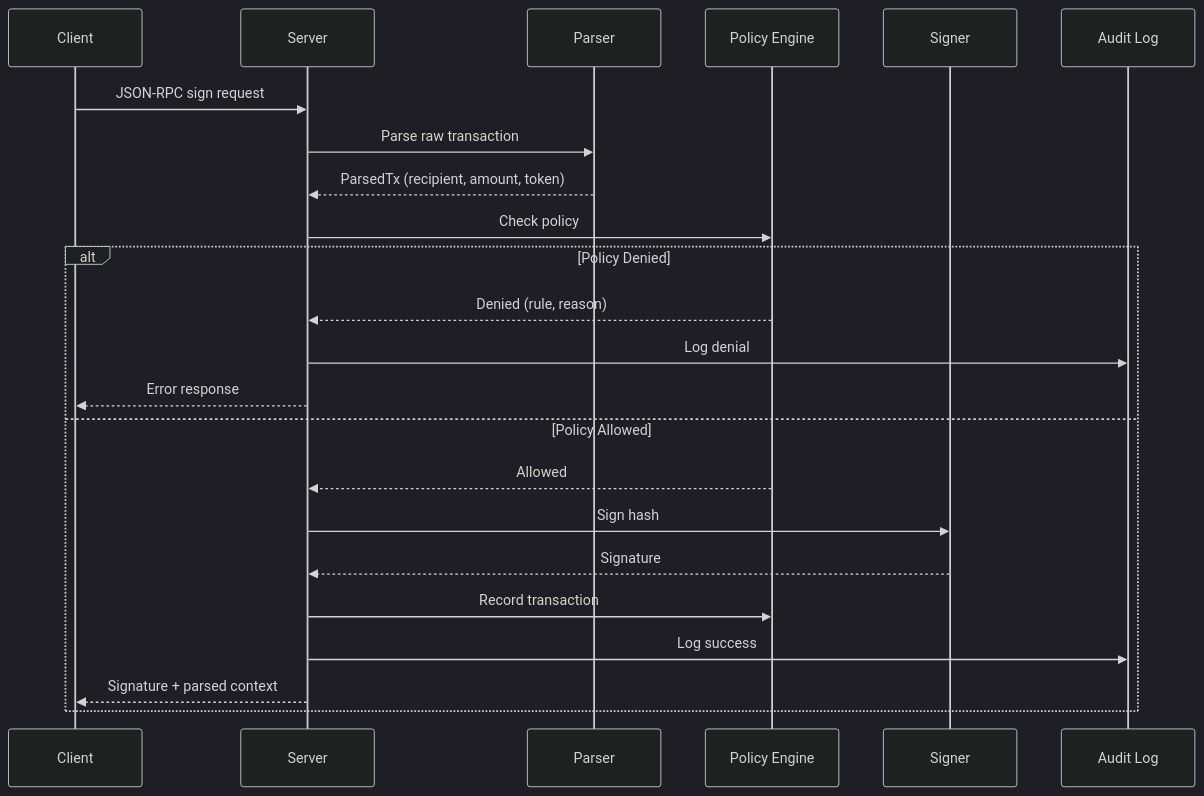
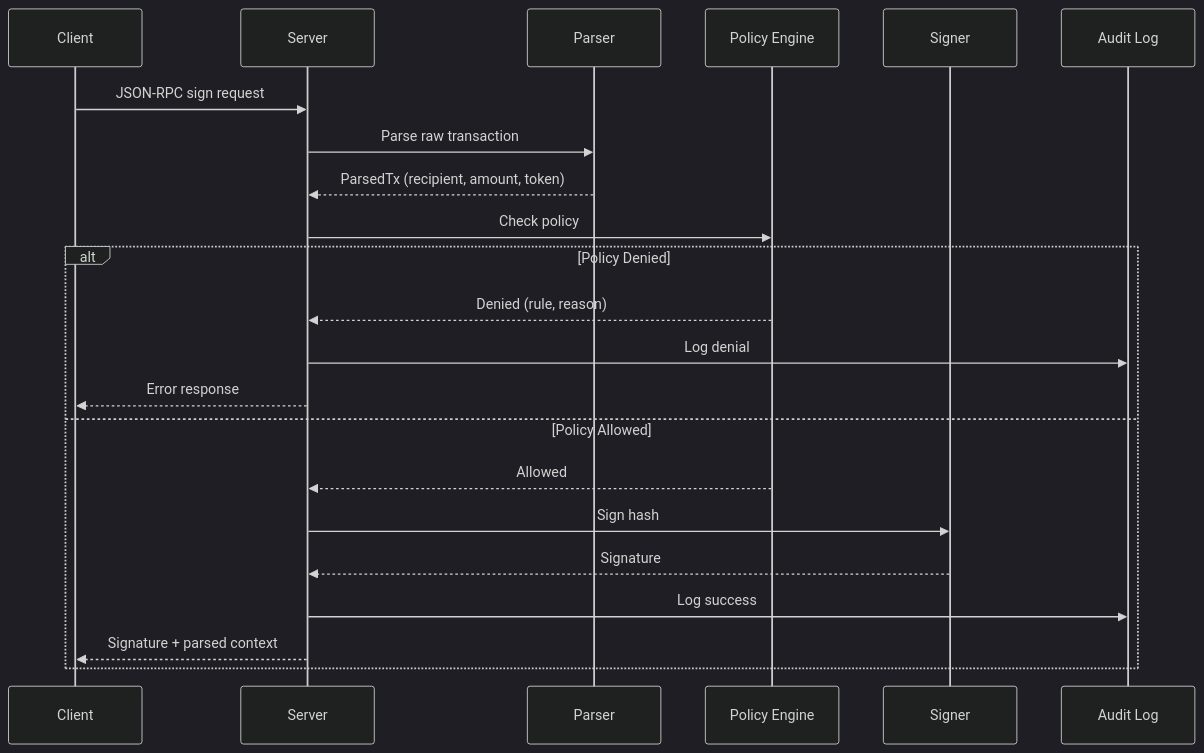
Before and after one commit to luisjpf/txgate: the first of 5 diagrams in ARCHITECTURE.md, drawn with Mermaid (dark theme). The commit also changed other lines of this file and 17 other files, not shown here.

````diff
--- a/ARCHITECTURE.md
+++ b/ARCHITECTURE.md
@@ -123,27 +122,26 @@
 ```mermaid
 sequenceDiagram
     participant C as Client
     participant S as Server
     participant P as Parser
     participant E as Policy Engine
     participant K as Signer
     participant A as Audit Log
 
     C->>S: JSON-RPC sign request
     S->>P: Parse raw transaction
     P-->>S: ParsedTx (recipient, amount, token)
     S->>E: Check policy
 
     alt Policy Denied
         E-->>S: Denied (rule, reason)
         S->>A: Log denial
         S-->>C: Error response
     else Policy Allowed
         E-->>S: Allowed
         S->>K: Sign hash
         K-->>S: Signature
-        S->>E: Record transaction
         S->>A: Log success
         S-->>C: Signature + parsed context
     end
 ```
````
